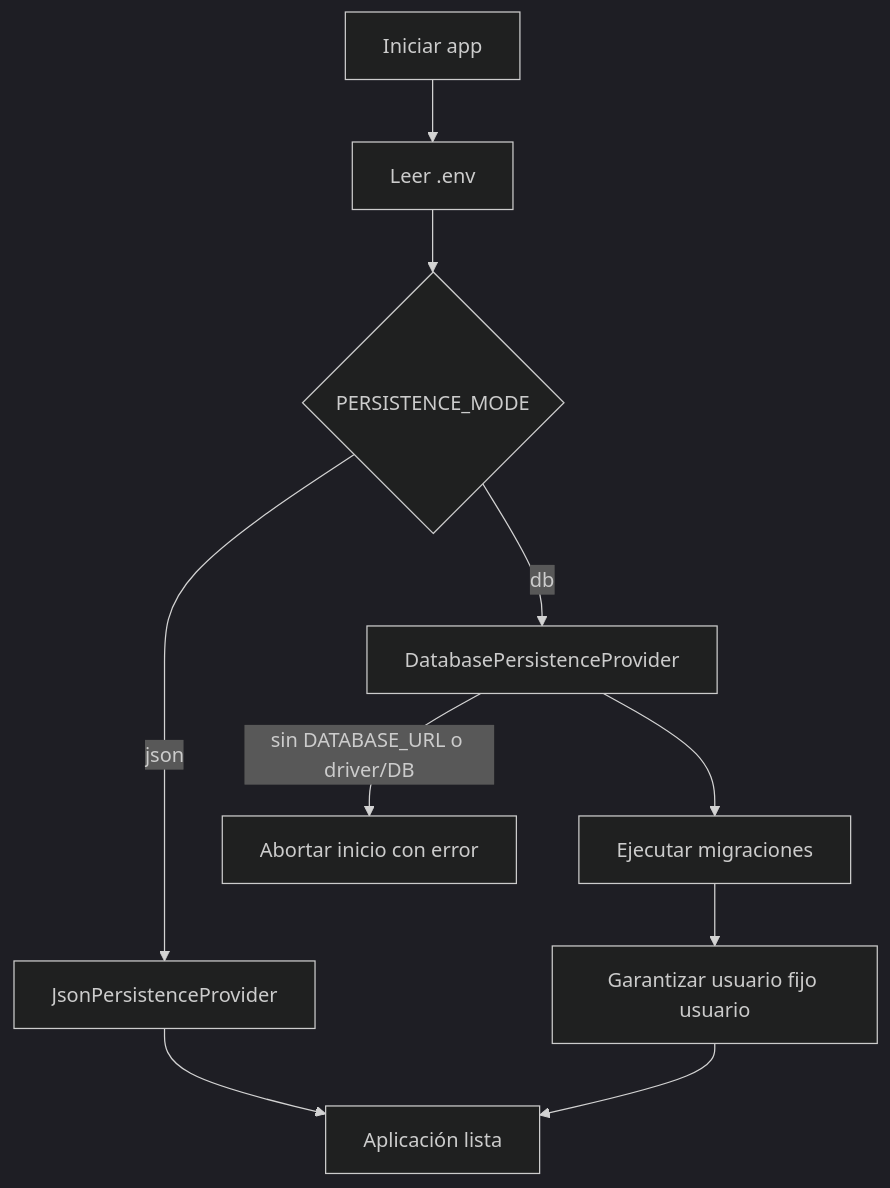
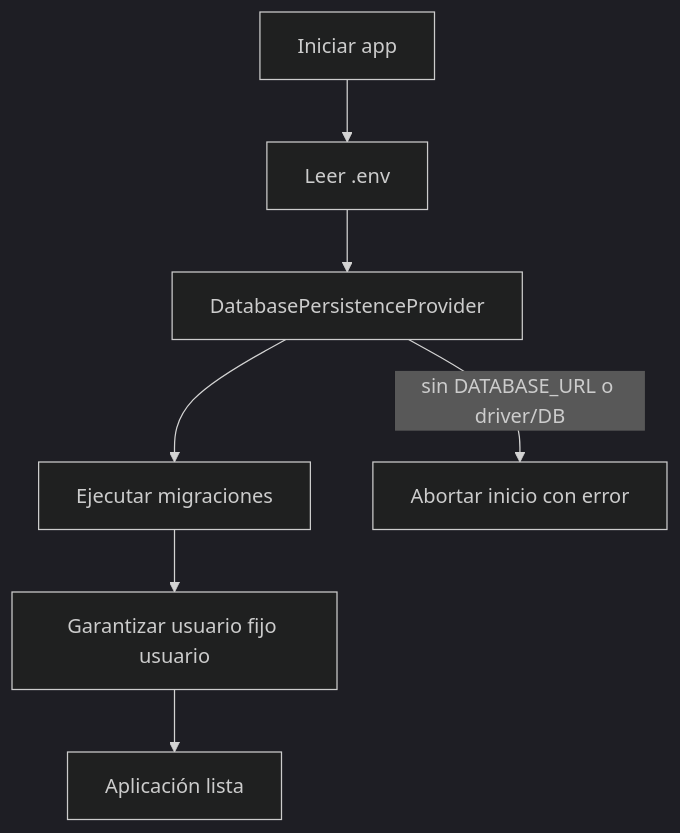
One commit to aitorAG/agora changed the second of 2 diagrams in documents/infra.md. Above: the diagram before and after it, drawn with Mermaid (dark theme). The commit also changed other lines of this file and 43 other files, not shown here.

````diff
--- a/documents/infra.md
+++ b/documents/infra.md
@@ -52,17 +50,13 @@
 ```mermaid
 flowchart TD
   Start[Iniciar app]
   ReadEnv[Leer .env]
-  Mode{PERSISTENCE_MODE}
-  Json[JsonPersistenceProvider]
   Db[DatabasePersistenceProvider]
   Migrate[Ejecutar migraciones]
   EnsureUser[Garantizar usuario fijo usuario]
   Boot[Aplicación lista]
   Fail[Abortar inicio con error]
 
-  Start --> ReadEnv --> Mode
-  Mode -->|json| Json --> Boot
-  Mode -->|db| Db --> Migrate --> EnsureUser --> Boot
+  Start --> ReadEnv --> Db --> Migrate --> EnsureUser --> Boot
   Db -->|sin DATABASE_URL o driver/DB| Fail
 ```
````
